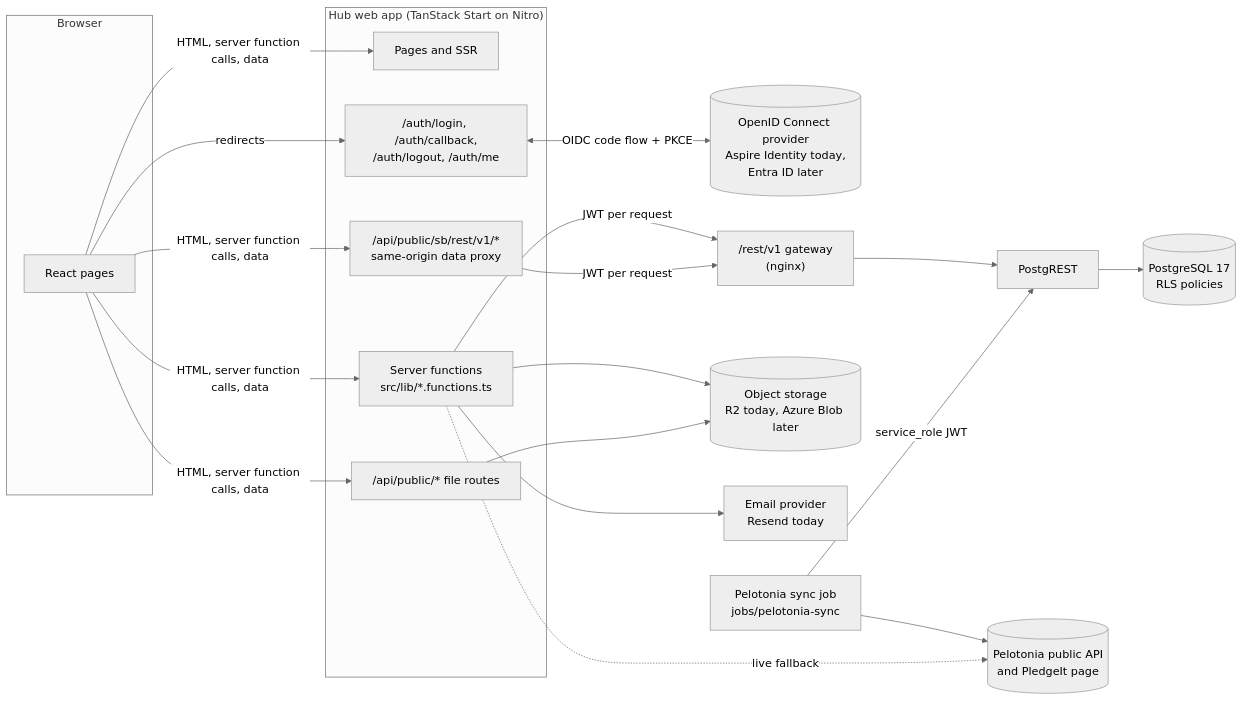
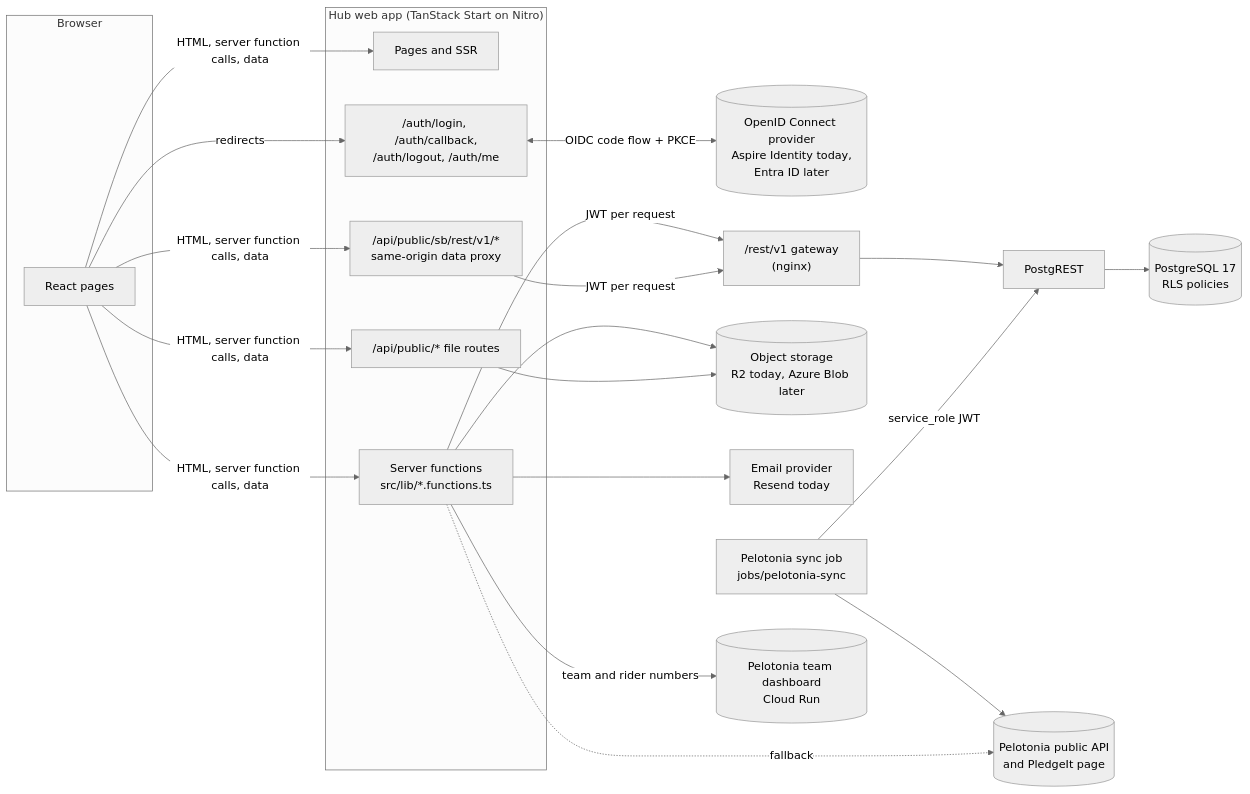
One commit to ohiotundra88-cloud/ride-with-huntington changed the first of 5 diagrams in docs/ARCHITECTURE.md. Above: the diagram before and after it, drawn with Mermaid (neutral theme). The commit also changed other lines of this file and 6 other files, not shown here.

First line of the commit message:
Read team and rider numbers from the Pelotonia team dashboard again

````diff
--- a/docs/ARCHITECTURE.md
+++ b/docs/ARCHITECTURE.md
@@ -14,31 +14,33 @@
 ```mermaid
 flowchart LR
   subgraph Browser
     UI[React pages]
   end
   subgraph Hub["Hub web app (TanStack Start on Nitro)"]
     SSR[Pages and SSR]
     SF[Server functions<br/>src/lib/*.functions.ts]
     Proxy["/api/public/sb/rest/v1/*<br/>same-origin data proxy"]
     Files["/api/public/* file routes"]
     Auth["/auth/login, /auth/callback,<br/>/auth/logout, /auth/me"]
   end
   IdP[(OpenID Connect provider<br/>Aspire Identity today,<br/>Entra ID later)]
   GW["/rest/v1 gateway<br/>(nginx)"]
   PGRST[PostgREST]
   PG[(PostgreSQL 17<br/>RLS policies)]
   OBJ[(Object storage<br/>R2 today, Azure Blob later)]
   MAIL[Email provider<br/>Resend today]
   SYNC[Pelotonia sync job<br/>jobs/pelotonia-sync]
   PEL[(Pelotonia public API<br/>and PledgeIt page)]
+  DASH[(Pelotonia team dashboard<br/>Cloud Run)]
 
   UI -->|HTML, server function calls, data| SSR & SF & Proxy & Files
   UI -->|redirects| Auth
   Auth <-->|OIDC code flow + PKCE| IdP
   SF & Proxy -->|JWT per request| GW --> PGRST --> PG
   SF & Files --> OBJ
   SF --> MAIL
   SYNC -->|service_role JWT| PGRST
   SYNC --> PEL
-  SF -.->|live fallback| PEL
+  SF -->|team and rider numbers| DASH
+  SF -.->|fallback| PEL
 ```
````
